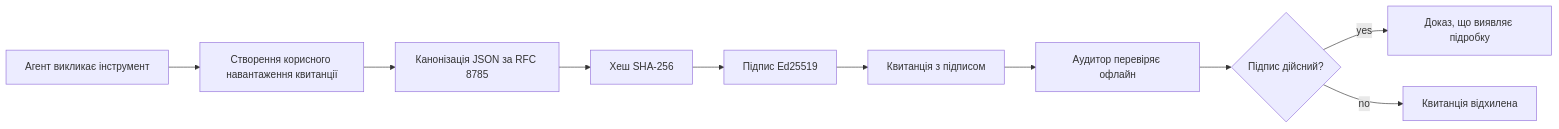
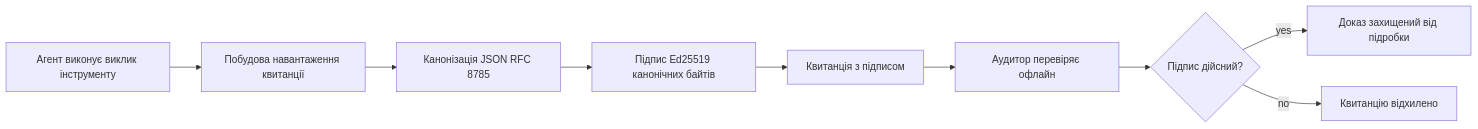
The first of 2 diagrams in mirrors/repos/microsoft@ai-agents-for-beginners/translations/uk/18-securing-ai-agents/README.md (gabrielmoreira/agent-skills-mirror), drawn with Mermaid before and after one commit. The commit also changed other lines of this file and 4262 other files, not shown here.

````diff
--- a/mirrors/repos/microsoft@ai-agents-for-beginners/translations/uk/18-securing-ai-agents/README.md
+++ b/mirrors/repos/microsoft@ai-agents-for-beginners/translations/uk/18-securing-ai-agents/README.md
@@ -51,12 +51,11 @@
 ```mermaid
 flowchart LR
-    A[Агент викликає інструмент] --> B[Створення корисного навантаження квитанції]
-    B --> C[Канонізація JSON за RFC 8785]
-    C --> D[Хеш SHA-256]
-    D --> E[Підпис Ed25519]
+    A[Агент виконує виклик інструменту] --> B[Побудова навантаження квитанції]
+    B --> C[Канонізація JSON RFC 8785]
+    C --> E[Підпис Ed25519 канонічних байтів]
     E --> F[Квитанція з підписом]
     F --> G[Аудитор перевіряє офлайн]
     G --> H{Підпис дійсний?}
-    H -- yes --> I[Доказ, що виявляє підробку]
-    H -- no --> J[Квитанція відхилена]
+    H -- yes --> I[Доказ захищений від підробки]
+    H -- no --> J[Квитанцію відхилено]
 ```
````
